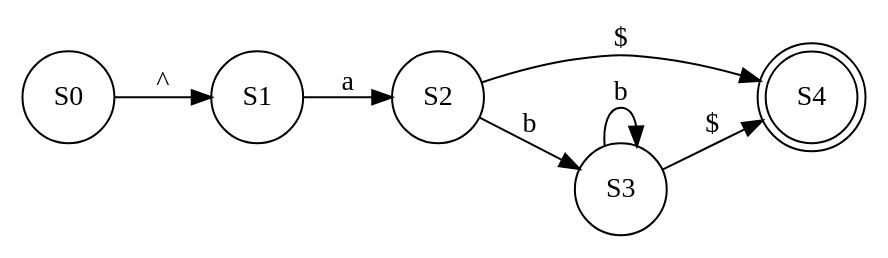
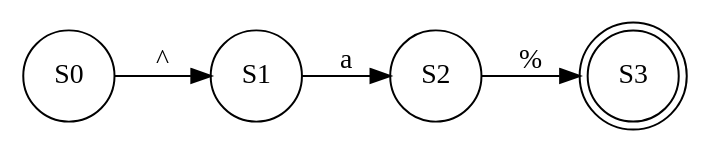
One commit to jlthermos28/grepy changed the diagram in dotfiles/dfa.dot. Above: the diagram before and after it, drawn with Graphviz. The commit also changed 2 other files, not shown here.

```diff
--- a/dotfiles/dfa.dot
+++ b/dotfiles/dfa.dot
@@ -1,11 +1,8 @@
 digraph DFA {
     rankdir=LR;
-    node [shape = doublecircle]; S4;
+    node [shape = doublecircle]; S3;
     node [shape = circle];
     "S0" -> "S1" [ label = "^" ];
     "S1" -> "S2" [ label = "a" ];
-    "S2" -> "S3" [ label = "b" ];
-    "S2" -> "S4" [ label = "$" ];
-    "S3" -> "S3" [ label = "b" ];
-    "S3" -> "S4" [ label = "$" ];
+    "S2" -> "S3" [ label = "%" ];
 }
```
